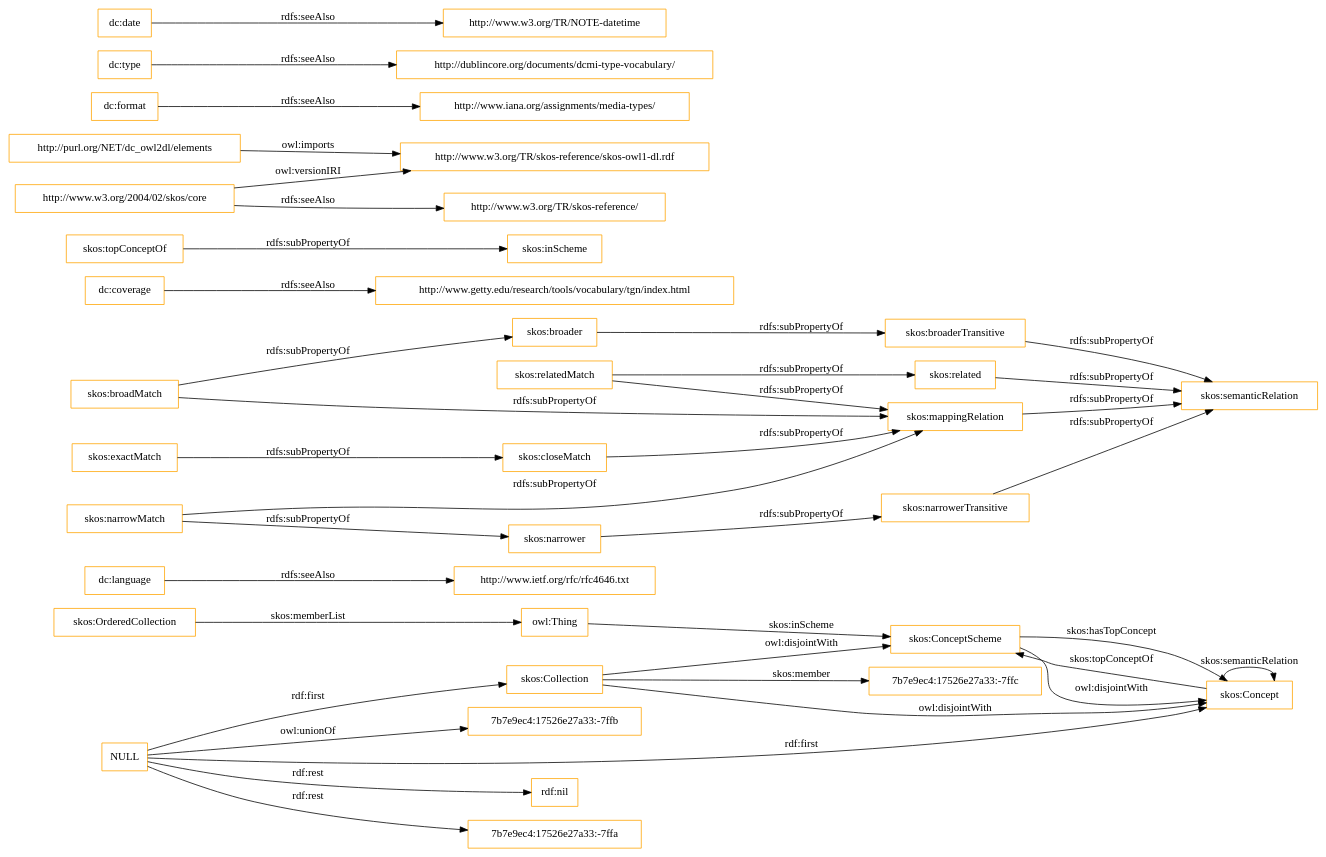
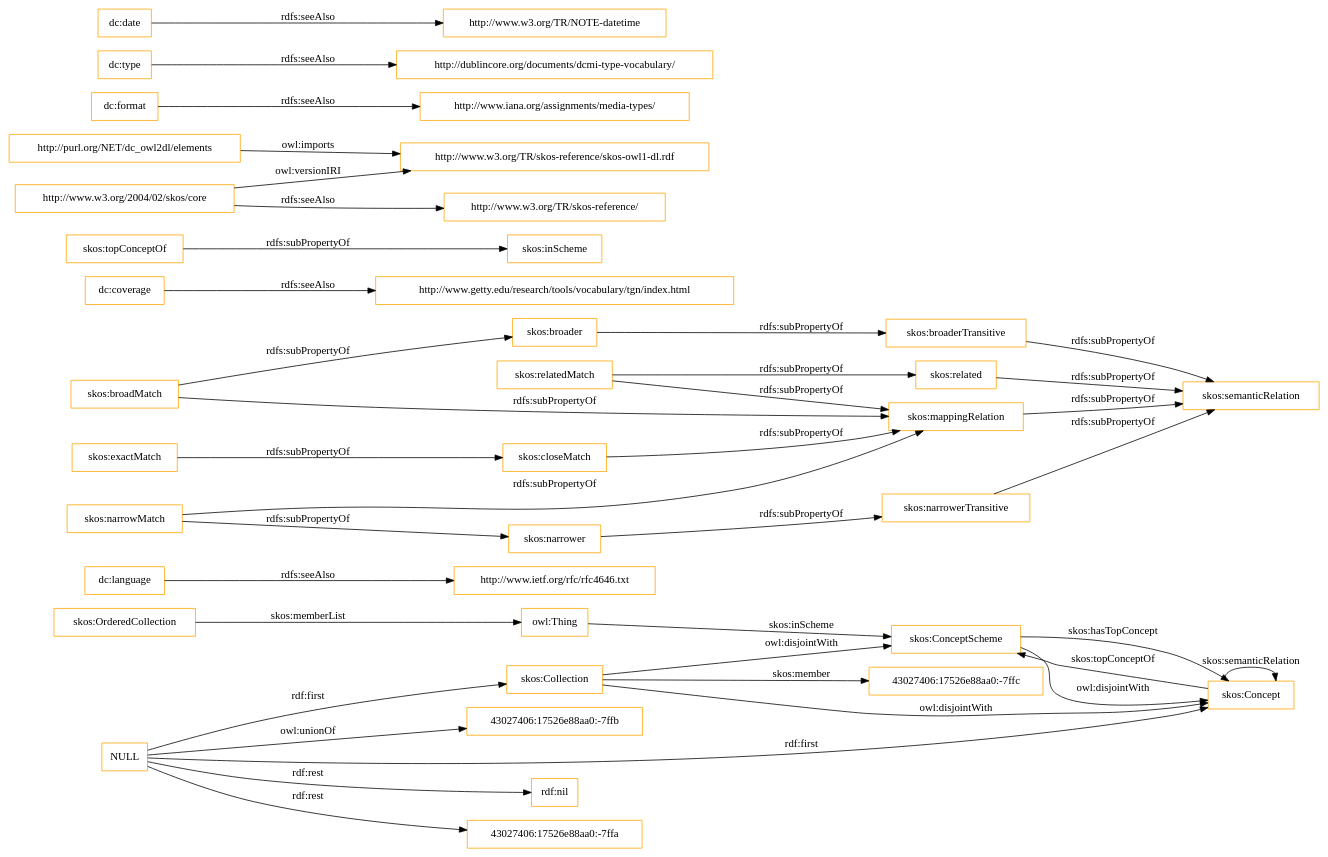
Before and after one commit to OnToologyUser/core-ontology-1: the diagram in OnToology/imports/elements.owl/diagrams/ar2dtool-class/elements.owl.png.dot, drawn with Graphviz. The commit also changed 14 other files, not shown here.

```diff
--- a/OnToology/imports/elements.owl/diagrams/ar2dtool-class/elements.owl.png.dot
+++ b/OnToology/imports/elements.owl/diagrams/ar2dtool-class/elements.owl.png.dot
@@ -1,43 +1,43 @@
 digraph ar2dtool_diagram { 
 rankdir=LR;
 size="1501"
-node [shape = rectangle, color="orange"]; "7b7e9ec4:17526e27a33:-7ffc" "skos:OrderedCollection" "skos:Collection" "skos:ConceptScheme" "skos:Concept" ; /*classes style*/
+node [shape = rectangle, color="orange"]; "43027406:17526e88aa0:-7ffc" "skos:OrderedCollection" "skos:Collection" "skos:ConceptScheme" "skos:Concept" ; /*classes style*/
 	"dc:language" -> "http://www.ietf.org/rfc/rfc4646.txt" [ label = "rdfs:seeAlso" ];
 	"NULL" -> "rdf:nil" [ label = "rdf:rest" ];
 	"NULL" -> "skos:Collection" [ label = "rdf:first" ];
-	"NULL" -> "7b7e9ec4:17526e27a33:-7ffa" [ label = "rdf:rest" ];
+	"NULL" -> "43027406:17526e88aa0:-7ffa" [ label = "rdf:rest" ];
 	"NULL" -> "skos:Concept" [ label = "rdf:first" ];
-	"NULL" -> "7b7e9ec4:17526e27a33:-7ffb" [ label = "owl:unionOf" ];
+	"NULL" -> "43027406:17526e88aa0:-7ffb" [ label = "owl:unionOf" ];
 	"skos:closeMatch" -> "skos:mappingRelation" [ label = "rdfs:subPropertyOf" ];
 	"dc:coverage" -> "http://www.getty.edu/research/tools/vocabulary/tgn/index.html" [ label = "rdfs:seeAlso" ];
 	"skos:relatedMatch" -> "skos:related" [ label = "rdfs:subPropertyOf" ];
 	"skos:relatedMatch" -> "skos:mappingRelation" [ label = "rdfs:subPropertyOf" ];
 	"skos:ConceptScheme" -> "skos:Concept" [ label = "owl:disjointWith" ];
 	"skos:related" -> "skos:semanticRelation" [ label = "rdfs:subPropertyOf" ];
 	"skos:topConceptOf" -> "skos:inScheme" [ label = "rdfs:subPropertyOf" ];
 	"skos:broadMatch" -> "skos:broader" [ label = "rdfs:subPropertyOf" ];
 	"skos:broadMatch" -> "skos:mappingRelation" [ label = "rdfs:subPropertyOf" ];
 	"http://purl.org/NET/dc_owl2dl/elements" -> "http://www.w3.org/TR/skos-reference/skos-owl1-dl.rdf" [ label = "owl:imports" ];
 	"skos:exactMatch" -> "skos:closeMatch" [ label = "rdfs:subPropertyOf" ];
 	"dc:format" -> "http://www.iana.org/assignments/media-types/" [ label = "rdfs:seeAlso" ];
 	"skos:broaderTransitive" -> "skos:semanticRelation" [ label = "rdfs:subPropertyOf" ];
 	"dc:type" -> "http://dublincore.org/documents/dcmi-type-vocabulary/" [ label = "rdfs:seeAlso" ];
 	"skos:broader" -> "skos:broaderTransitive" [ label = "rdfs:subPropertyOf" ];
 	"skos:mappingRelation" -> "skos:semanticRelation" [ label = "rdfs:subPropertyOf" ];
 	"http://www.w3.org/2004/02/skos/core" -> "http://www.w3.org/TR/skos-reference/skos-owl1-dl.rdf" [ label = "owl:versionIRI" ];
 	"http://www.w3.org/2004/02/skos/core" -> "http://www.w3.org/TR/skos-reference/" [ label = "rdfs:seeAlso" ];
 	"skos:Collection" -> "skos:ConceptScheme" [ label = "owl:disjointWith" ];
 	"skos:Collection" -> "skos:Concept" [ label = "owl:disjointWith" ];
 	"skos:narrowMatch" -> "skos:narrower" [ label = "rdfs:subPropertyOf" ];
 	"skos:narrowMatch" -> "skos:mappingRelation" [ label = "rdfs:subPropertyOf" ];
 	"skos:narrower" -> "skos:narrowerTransitive" [ label = "rdfs:subPropertyOf" ];
 	"dc:date" -> "http://www.w3.org/TR/NOTE-datetime" [ label = "rdfs:seeAlso" ];
 	"skos:narrowerTransitive" -> "skos:semanticRelation" [ label = "rdfs:subPropertyOf" ];
 	"skos:OrderedCollection" -> "owl:Thing" [ label = "skos:memberList" ];
 	"skos:Concept" -> "skos:ConceptScheme" [ label = "skos:topConceptOf" ];
 	"skos:Concept" -> "skos:Concept" [ label = "skos:semanticRelation" ];
-	"skos:Collection" -> "7b7e9ec4:17526e27a33:-7ffc" [ label = "skos:member" ];
+	"skos:Collection" -> "43027406:17526e88aa0:-7ffc" [ label = "skos:member" ];
 	"skos:ConceptScheme" -> "skos:Concept" [ label = "skos:hasTopConcept" ];
 	"owl:Thing" -> "skos:ConceptScheme" [ label = "skos:inScheme" ];
 
 }
```
